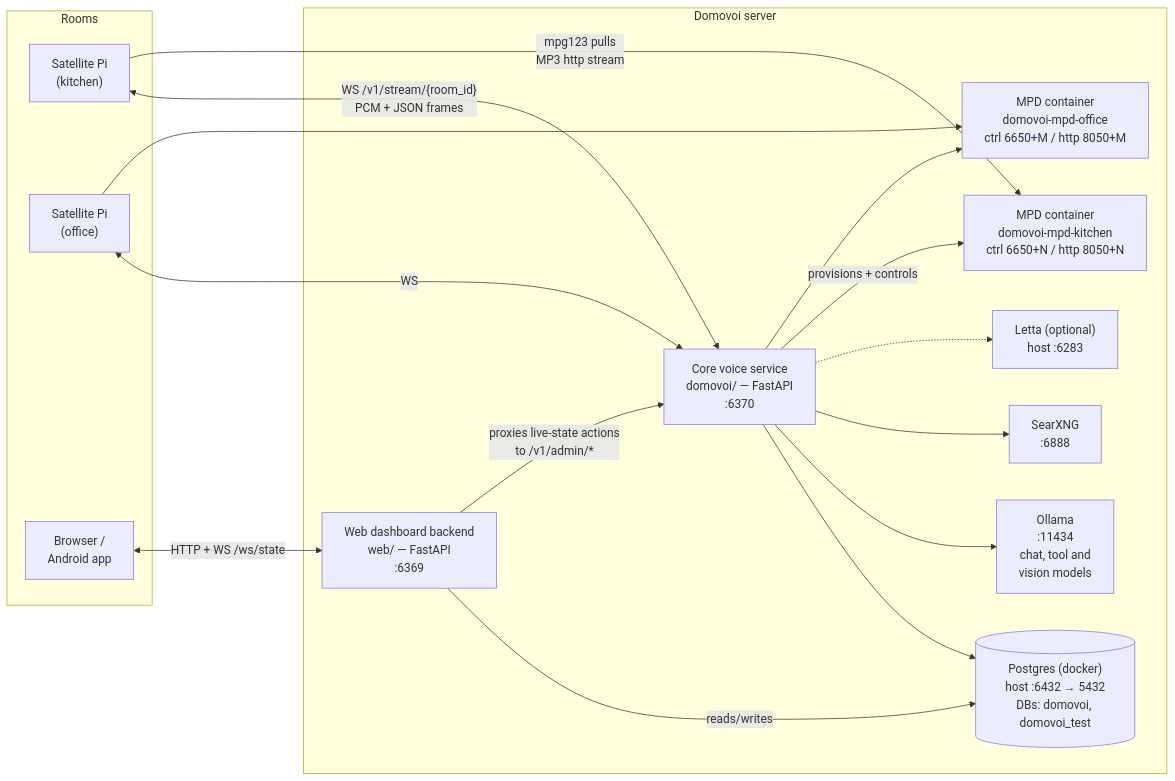
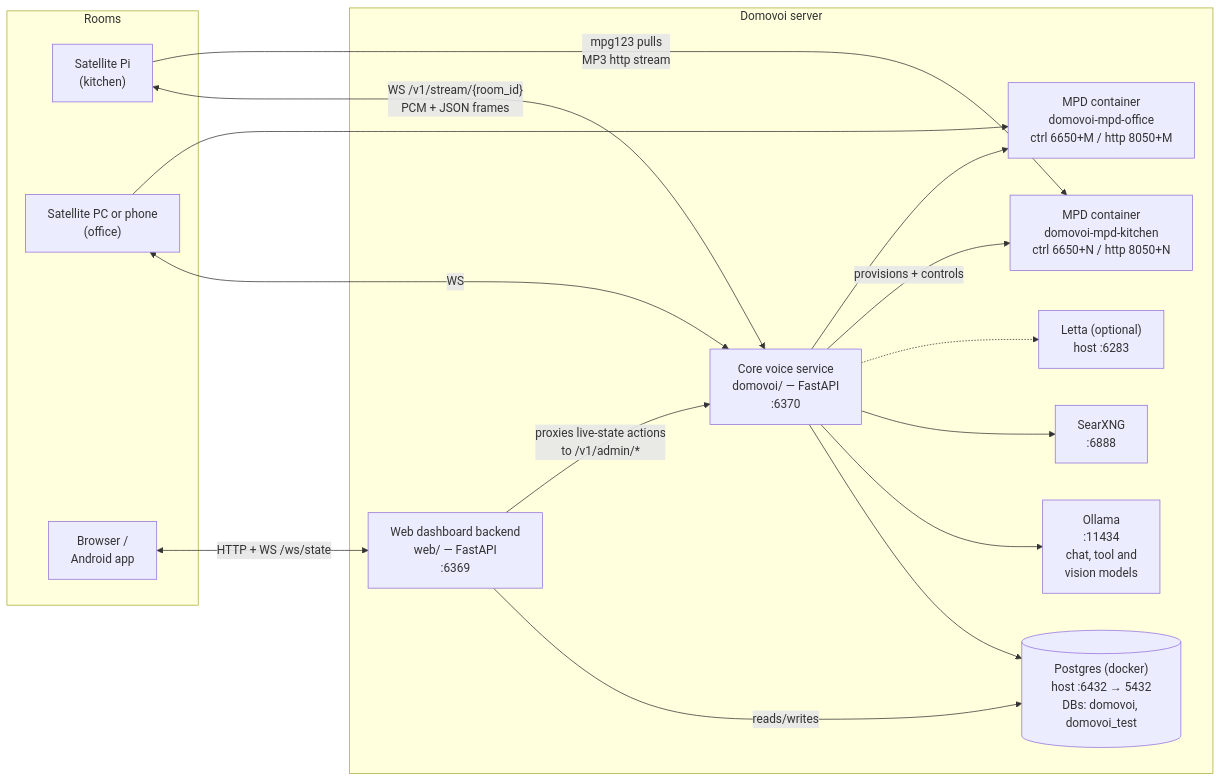
The diagram in docs/ARCHITECTURE.md (coders-farm-official/domovoi), drawn with Mermaid before and after one commit. The commit also changed other lines of this file and 8 other files, not shown here.

First line of the commit message:
docs audit C: API tiers and url-allowed, architecture pools/identity/plugin SQL, contributing, plugin session pitfall [skip ci]

````diff
--- a/docs/ARCHITECTURE.md
+++ b/docs/ARCHITECTURE.md
@@ -36,33 +36,33 @@
 ```mermaid
 flowchart LR
     subgraph House["Rooms"]
         SAT1["Satellite Pi<br/>(kitchen)"]
-        SAT2["Satellite Pi<br/>(office)"]
+        SAT2["Satellite PC or phone<br/>(office)"]
         BROWSER["Browser /<br/>Android app"]
     end
 
     subgraph Server["Domovoi server"]
         CORE["Core voice service<br/>domovoi/ — FastAPI<br/>:6370"]
         WEB["Web dashboard backend<br/>web/ — FastAPI<br/>:6369"]
         PG[("Postgres (docker)<br/>host :6432 → 5432<br/>DBs: domovoi, domovoi_test")]
         OLLAMA["Ollama<br/>:11434<br/>chat, tool and<br/>vision models"]
         SEARX["SearXNG<br/>:6888"]
         LETTA["Letta (optional)<br/>host :6283"]
         MPD1["MPD container<br/>domovoi-mpd-kitchen<br/>ctrl 6650+N / http 8050+N"]
         MPD2["MPD container<br/>domovoi-mpd-office<br/>ctrl 6650+M / http 8050+M"]
     end
 
     SAT1 <-->|"WS /v1/stream/{room_id}<br/>PCM + JSON frames"| CORE
     SAT2 <-->|WS| CORE
     SAT1 -->|"mpg123 pulls<br/>MP3 http stream"| MPD1
     SAT2 --> MPD2
     BROWSER <-->|"HTTP + WS /ws/state"| WEB
     WEB -->|"reads/writes"| PG
     WEB -->|"proxies live-state actions<br/>to /v1/admin/*"| CORE
     CORE --> PG
     CORE --> OLLAMA
     CORE --> SEARX
     CORE -.-> LETTA
     CORE -->|"provisions + controls"| MPD1
     CORE --> MPD2
 ```
````
